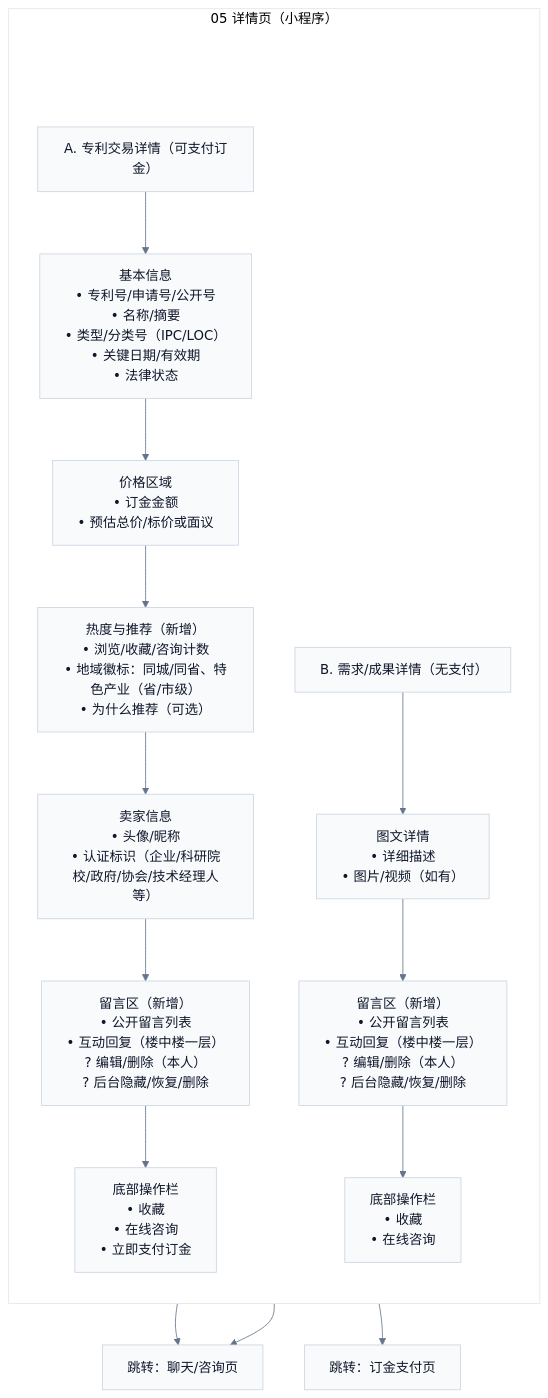
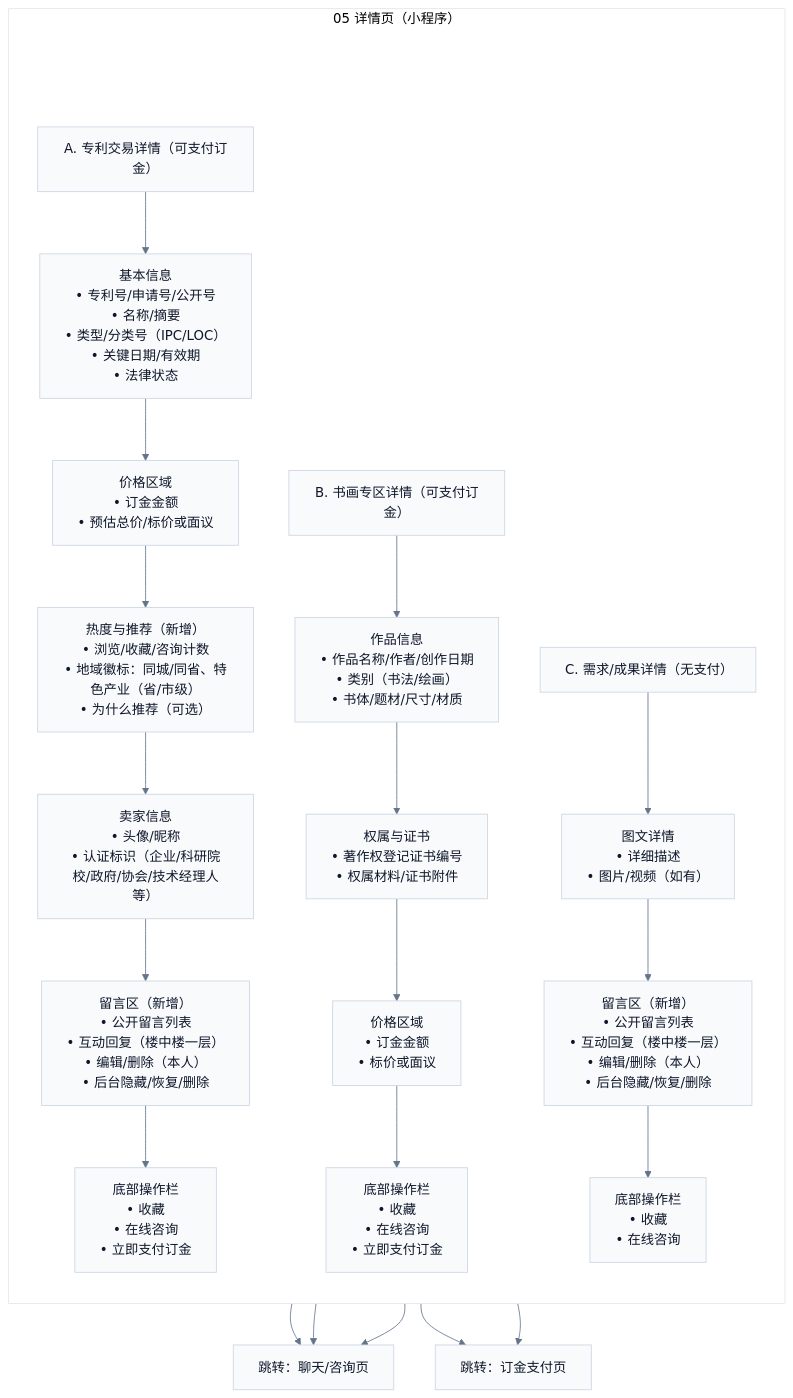
One commit to Ming-1984/Ipmoney changed the diagram in docs/demo/pages/miniapp/05-detail.mmd. Above: the diagram before and after it, drawn with Mermaid. The commit also changed 176 other files, not shown here.

Commit message:
Add SVG diagram for requirements phase summary with detailed flowchart representation

```diff
--- a/docs/demo/pages/miniapp/05-detail.mmd
+++ b/docs/demo/pages/miniapp/05-detail.mmd
@@ -1,35 +1,44 @@
 %%{init: {'theme':'base','flowchart': {'htmlLabels': true},'themeVariables': {'fontFamily': 'Inter, Microsoft YaHei, sans-serif','lineColor':'#64748B','primaryTextColor':'#0F172A','primaryBorderColor':'#CBD5E1','primaryColor':'#F8FAFC'}}}%%
 flowchart TB
   subgraph P["05 详情页（小程序）"]
     direction TB
     Pad[" "]:::pad
 
     TitleA["A. 专利交易详情（可支付订金）"]:::section
     Info["基本信息<br/>• 专利号/申请号/公开号<br/>• 名称/摘要<br/>• 类型/分类号（IPC/LOC）<br/>• 关键日期/有效期<br/>• 法律状态"]
     Price["价格区域<br/>• 订金金额<br/>• 预估总价/标价或面议"]
     Stats["热度与推荐（新增）<br/>• 浏览/收藏/咨询计数<br/>• 地域徽标：同城/同省、特色产业（省/市级）<br/>• 为什么推荐（可选）"]
     Seller["卖家信息<br/>• 头像/昵称<br/>• 认证标识（企业/科研院校/政府/协会/技术经理人等）"]
-    Comments["留言区（新增）<br/>• 公开留言列表<br/>• 互动回复（楼中楼一层）<br/>? 编辑/删除（本人）<br/>? 后台隐藏/恢复/删除"]
+    Comments["留言区（新增）<br/>• 公开留言列表<br/>• 互动回复（楼中楼一层）<br/>• 编辑/删除（本人）<br/>• 后台隐藏/恢复/删除"]
     Actions["底部操作栏<br/>• 收藏<br/>• 在线咨询<br/>• 立即支付订金"]
 
-    TitleB["B. 需求/成果详情（无支付）"]:::section
+    TitleB["B. 书画专区详情（可支付订金）"]:::section
+    ArtInfo["作品信息<br/>• 作品名称/作者/创作日期<br/>• 类别（书法/绘画）<br/>• 书体/题材/尺寸/材质"]
+    ArtCert["权属与证书<br/>• 著作权登记证书编号<br/>• 权属材料/证书附件"]
+    ArtPrice["价格区域<br/>• 订金金额<br/>• 标价或面议"]
+    ArtActions["底部操作栏<br/>• 收藏<br/>• 在线咨询<br/>• 立即支付订金"]
+
+    TitleC["C. 需求/成果详情（无支付）"]:::section
     Content["图文详情<br/>• 详细描述<br/>• 图片/视频（如有）"]
-    Comments2["留言区（新增）<br/>• 公开留言列表<br/>• 互动回复（楼中楼一层）<br/>? 编辑/删除（本人）<br/>? 后台隐藏/恢复/删除"]
+    Comments2["留言区（新增）<br/>• 公开留言列表<br/>• 互动回复（楼中楼一层）<br/>• 编辑/删除（本人）<br/>• 后台隐藏/恢复/删除"]
     Actions2["底部操作栏<br/>• 收藏<br/>• 在线咨询"]
 
     Pad --> TitleA
     TitleA --> Info
     Info --> Price --> Stats --> Seller --> Comments --> Actions
 
-    TitleB --> Content --> Comments2 --> Actions2
+    TitleB --> ArtInfo --> ArtCert --> ArtPrice --> ArtActions
+    TitleC --> Content --> Comments2 --> Actions2
   end
 
   Msg["跳转：聊天/咨询页"]
   Checkout["跳转：订金支付页"]
   Actions --> Msg
   Actions --> Checkout
+  ArtActions --> Msg
+  ArtActions --> Checkout
   Actions2 --> Msg
 
   classDef pad fill:transparent,stroke:transparent,color:transparent;
   classDef section fill:#F8FAFC,stroke:#CBD5E1,color:#0F172A;
   linkStyle 0 stroke:transparent,fill:transparent;
```
